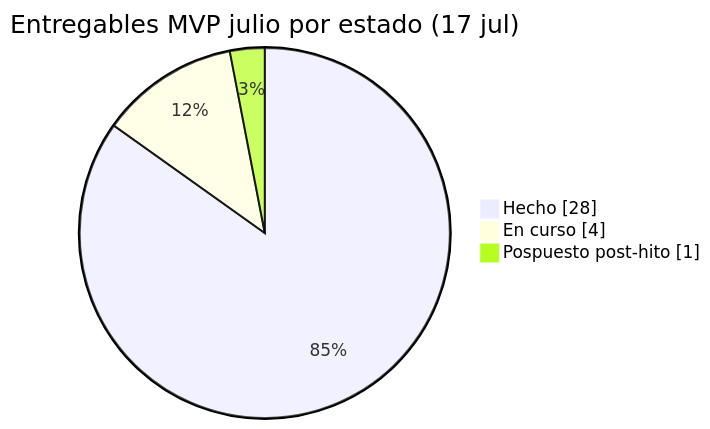
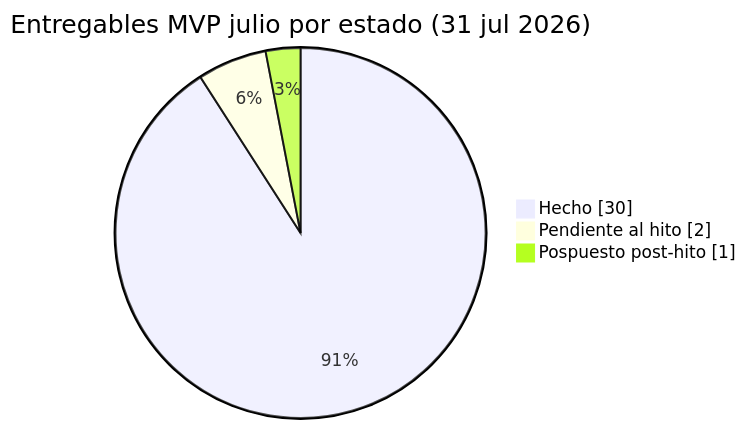
Before and after one commit to quintasc/taulamic: the third of 3 diagrams in docs/agile/roadmap-mvp-julio.md, drawn with Mermaid. The commit also changed other lines of this file, not shown here.

First line of the commit message:
docs: actualiza roadmap MVP julio a snapshot 31 jul

````diff
--- a/docs/agile/roadmap-mvp-julio.md
+++ b/docs/agile/roadmap-mvp-julio.md
@@ -143,7 +151,7 @@
 ```mermaid
 pie showData
-    title Entregables MVP julio por estado (17 jul)
-    "Hecho" : 28
-    "En curso" : 4
+    title Entregables MVP julio por estado (31 jul 2026)
+    "Hecho" : 30
+    "Pendiente al hito" : 2
     "Pospuesto post-hito" : 1
 ```
````
